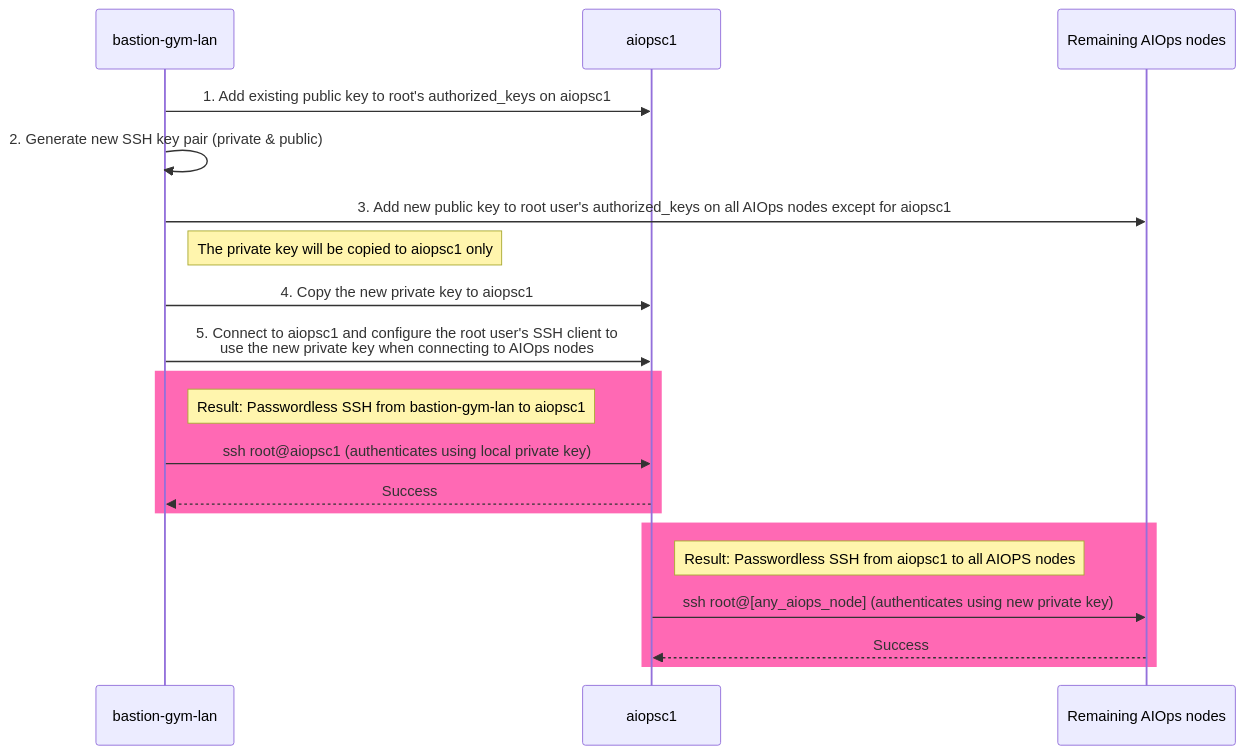
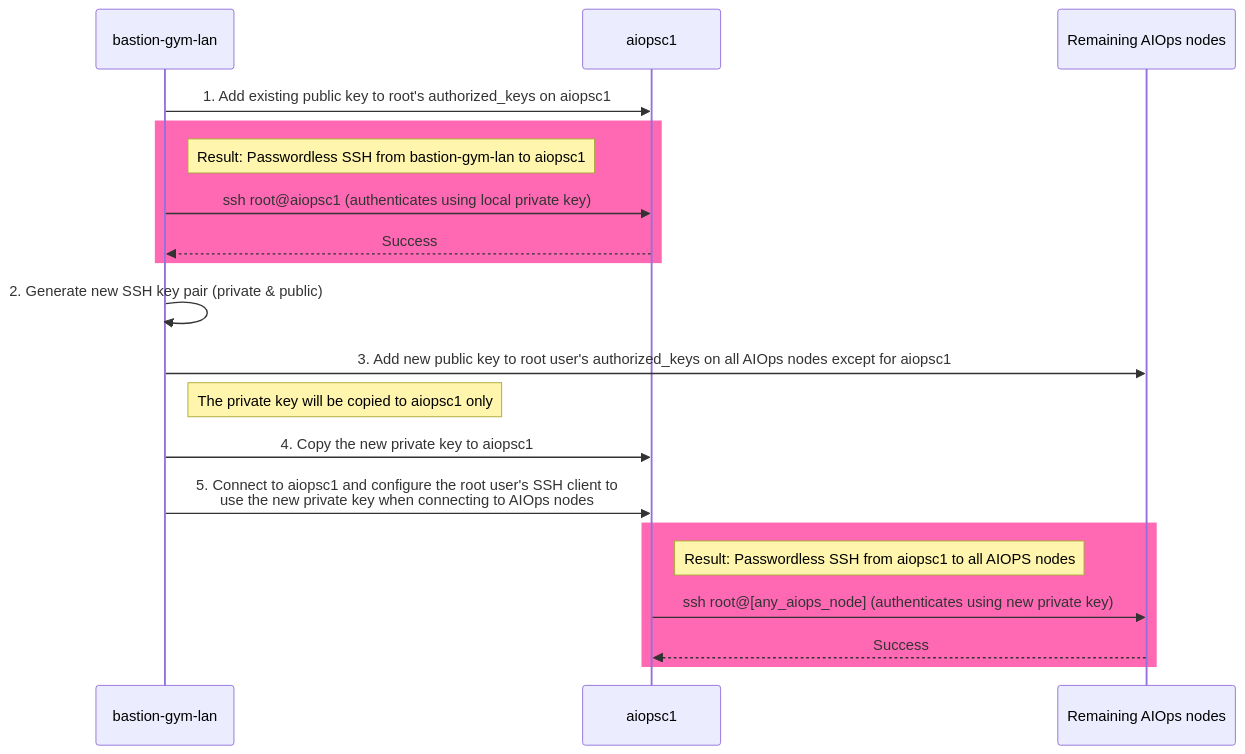
Before and after one commit to IBM/waiops-tech-jam: the second of 2 diagrams in labs/cloud-pak-aiops/install-lab-linux/3-installation/index.mdx, drawn with Mermaid.

Commit message:
tweaked diagram at beginning

````diff
--- a/labs/cloud-pak-aiops/install-lab-linux/3-installation/index.mdx
+++ b/labs/cloud-pak-aiops/install-lab-linux/3-installation/index.mdx
@@ -96,29 +96,30 @@
 ```mermaid
 sequenceDiagram
     participant Bastion as bastion-gym-lan
     participant AIOPSC1 as aiopsc1
     participant AIOPSNodes as Remaining AIOps nodes
 
     Bastion->>AIOPSC1: 1. Add existing public key to root's authorized_keys on aiopsc1
+
+    rect hotpink
+        note right of Bastion: Result: Passwordless SSH from bastion-gym-lan to aiopsc1
+        Bastion->>AIOPSC1: ssh root@aiopsc1 (authenticates using local private key)
+        AIOPSC1-->>Bastion: Success
+    end
 
     Bastion->>Bastion: 2. Generate new SSH key pair (private & public)
 
     Bastion->>AIOPSNodes: 3. Add new public key to root user's authorized_keys on all AIOps nodes except for aiopsc1
 
     Note right of Bastion: The private key will be copied to aiopsc1 only
 
     Bastion->>AIOPSC1: 4. Copy the new private key to aiopsc1
     Bastion->>AIOPSC1: 5. Connect to aiopsc1 and configure the root user's SSH client to <br>use the new private key when connecting to AIOps nodes
 
     %% The hotpink color is used to target the rectangle with css, it is not the final colour
     rect hotpink
-        note right of Bastion: Result: Passwordless SSH from bastion-gym-lan to aiopsc1
-        Bastion->>AIOPSC1: ssh root@aiopsc1 (authenticates using local private key)
-        AIOPSC1-->>Bastion: Success
-    end
-    rect hotpink
         note right of AIOPSC1: Result: Passwordless SSH from aiopsc1 to all AIOPS nodes
         AIOPSC1->>AIOPSNodes: ssh root@[any_aiops_node] (authenticates using new private key)
         AIOPSNodes-->>AIOPSC1: Success
     end
 ```
````
